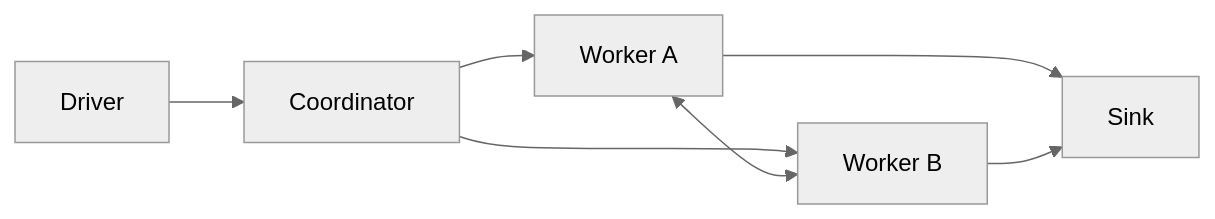
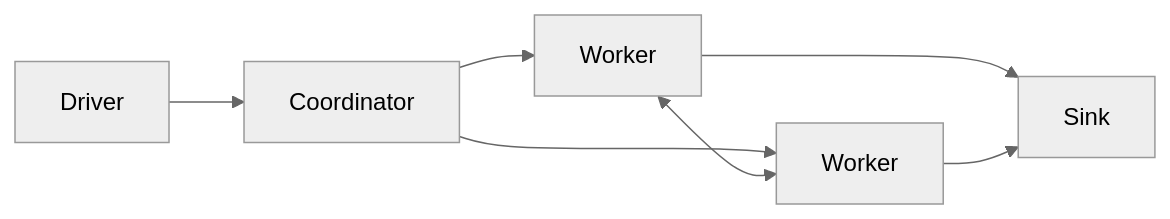
The diagram in README.md (Lampese/MoonWeave), drawn with Mermaid (neutral theme) before and after one commit. The commit also changed other lines of this file and 3 other files, not shown here.

````diff
--- a/README.md
+++ b/README.md
@@ -127,9 +98,9 @@
 ```mermaid
 flowchart LR
   Driver --> Coordinator
-  Coordinator --> WorkerA[Worker A]
-  Coordinator --> WorkerB[Worker B]
+  Coordinator --> WorkerA[Worker]
+  Coordinator --> WorkerB[Worker]
   WorkerA <--> WorkerB
   WorkerA --> Sink
   WorkerB --> Sink
 ```
````
